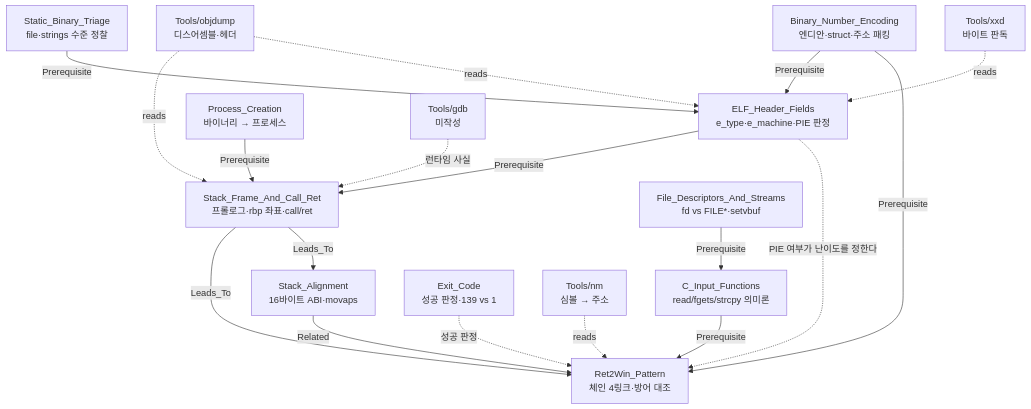
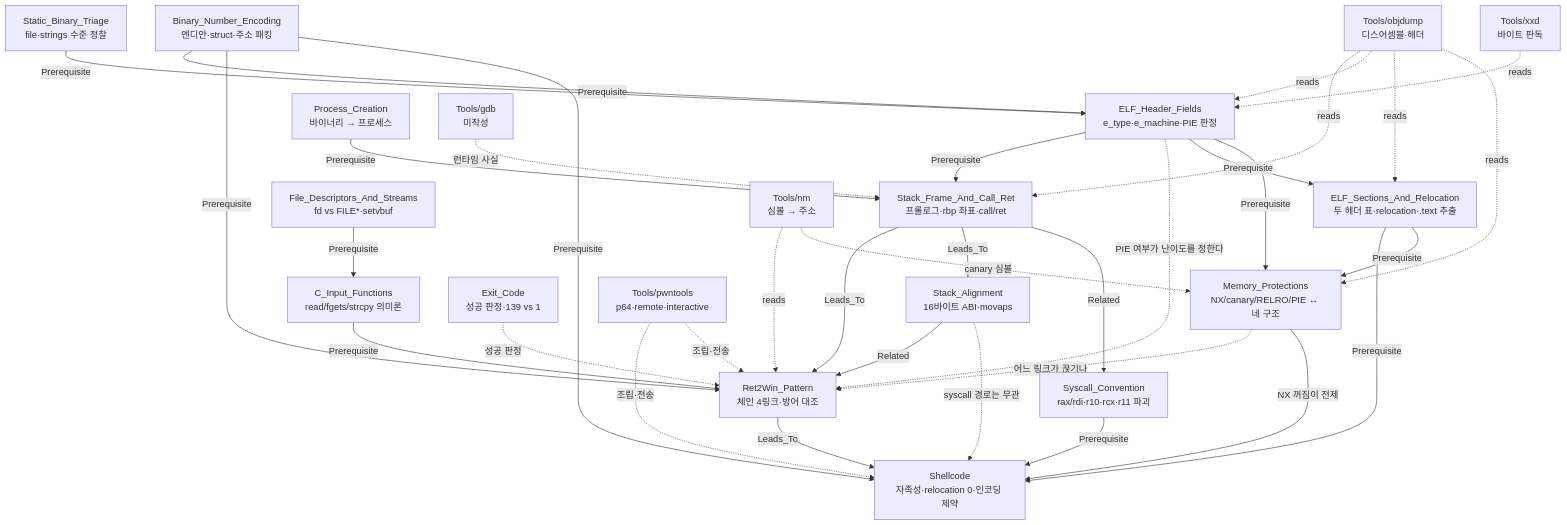
One commit to JunyoungCho07/security-writeups changed the diagram in _MOC/MOC_Binary_Exploitation.md. Above: the diagram before and after it, drawn with Mermaid. The commit also changed other lines of this file, not shown here.

Commit message:
docs(moc): add shellcode/syscall/sections/protections nodes

````diff
--- a/_MOC/MOC_Binary_Exploitation.md
+++ b/_MOC/MOC_Binary_Exploitation.md
@@ -23,51 +23,77 @@
 ```mermaid
 graph TD
     ENC[Binary_Number_Encoding<br/>엔디안·struct·주소 패킹]
     ELF[ELF_Header_Fields<br/>e_type·e_machine·PIE 판정]
     TRI[Static_Binary_Triage<br/>file·strings 수준 정찰]
     FRAME[Stack_Frame_And_Call_Ret<br/>프롤로그·rbp 좌표·call/ret]
     ALIGN[Stack_Alignment<br/>16바이트 ABI·movaps]
     R2W[Ret2Win_Pattern<br/>체인 4링크·방어 대조]
     FDS[File_Descriptors_And_Streams<br/>fd vs FILE*·setvbuf]
     CIN[C_Input_Functions<br/>read/fgets/strcpy 의미론]
     EXIT[Exit_Code<br/>성공 판정·139 vs 1]
     PROC[Process_Creation<br/>바이너리 → 프로세스]
+    SC[Shellcode<br/>자족성·relocation 0·인코딩 제약]
+    SYS[Syscall_Convention<br/>rax/rdi·r10·rcx·r11 파괴]
+    SEC[ELF_Sections_And_Relocation<br/>두 헤더 표·relocation·.text 추출]
+    PROT[Memory_Protections<br/>NX/canary/RELRO/PIE ↔ 네 구조]
 
     T_OBJ[Tools/objdump<br/>디스어셈블·헤더]
     T_NM[Tools/nm<br/>심볼 → 주소]
     T_XXD[Tools/xxd<br/>바이트 판독]
     T_GDB[Tools/gdb<br/>미작성]
+    T_PWN[Tools/pwntools<br/>p64·remote·interactive]
 
     TRI -->|Prerequisite| ELF
     PROC -->|Prerequisite| FRAME
     ELF -->|Prerequisite| FRAME
     ENC -->|Prerequisite| ELF
     FRAME -->|Leads_To| R2W
     FRAME -->|Leads_To| ALIGN
     ALIGN -->|Related| R2W
     CIN -->|Prerequisite| R2W
     FDS -->|Prerequisite| CIN
     ENC -->|Prerequisite| R2W
     EXIT -.->|성공 판정| R2W
     ELF -.->|PIE 여부가 난이도를 정한다| R2W
+    ELF -->|Prerequisite| SEC
+    SEC -->|Prerequisite| SC
+    SYS -->|Prerequisite| SC
+    FRAME -->|Related| SYS
+    R2W -->|Leads_To| SC
+    ELF -->|Prerequisite| PROT
+    SEC -->|Prerequisite| PROT
+    PROT -.->|어느 링크가 끊기나| R2W
+    PROT -->|NX 꺼짐이 전제| SC
+    ENC -->|Prerequisite| SC
+    ALIGN -.->|syscall 경로는 무관| SC
 
     T_OBJ -.->|reads| FRAME
     T_OBJ -.->|reads| ELF
     T_NM -.->|reads| R2W
     T_XXD -.->|reads| ELF
     T_GDB -.->|런타임 사실| FRAME
+    T_OBJ -.->|reads| SEC
+    T_OBJ -.->|reads| PROT
+    T_NM -.->|canary 심볼| PROT
+    T_PWN -.->|조립·전송| SC
+    T_PWN -.->|조립·전송| R2W
 
     click ENC "../Concepts/Binary/Binary_Number_Encoding.md"
     click ELF "../Concepts/Binary/ELF_Header_Fields.md"
     click TRI "../Concepts/Linux/Static_Binary_Triage.md"
     click FRAME "../Concepts/Binary/Stack_Frame_And_Call_Ret.md"
     click ALIGN "../Concepts/Binary/Stack_Alignment.md"
     click R2W "../Concepts/Binary/Ret2Win_Pattern.md"
     click FDS "../Concepts/Linux/File_Descriptors_And_Streams.md"
     click CIN "../Concepts/Linux/C_Input_Functions.md"
     click EXIT "../Concepts/Linux/Exit_Code.md"
     click PROC "../Concepts/Linux/Process_Creation.md"
     click T_OBJ "../Tools/objdump.md"
     click T_NM "../Tools/nm.md"
     click T_XXD "../Tools/xxd.md"
+    click SC "../Concepts/Binary/Shellcode.md"
+    click SYS "../Concepts/Binary/Syscall_Convention.md"
+    click SEC "../Concepts/Binary/ELF_Sections_And_Relocation.md"
+    click PROT "../Concepts/Binary/Memory_Protections.md"
+    click T_PWN "../Tools/pwntools.md"
 ```
````
